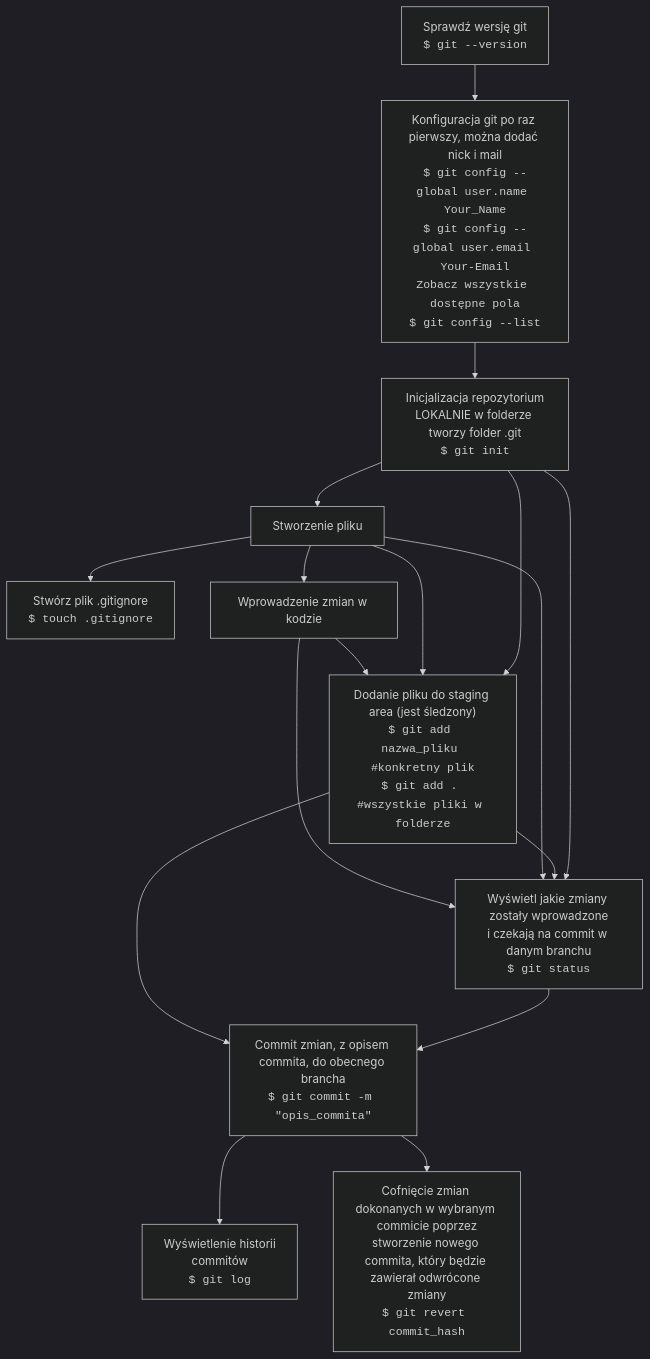
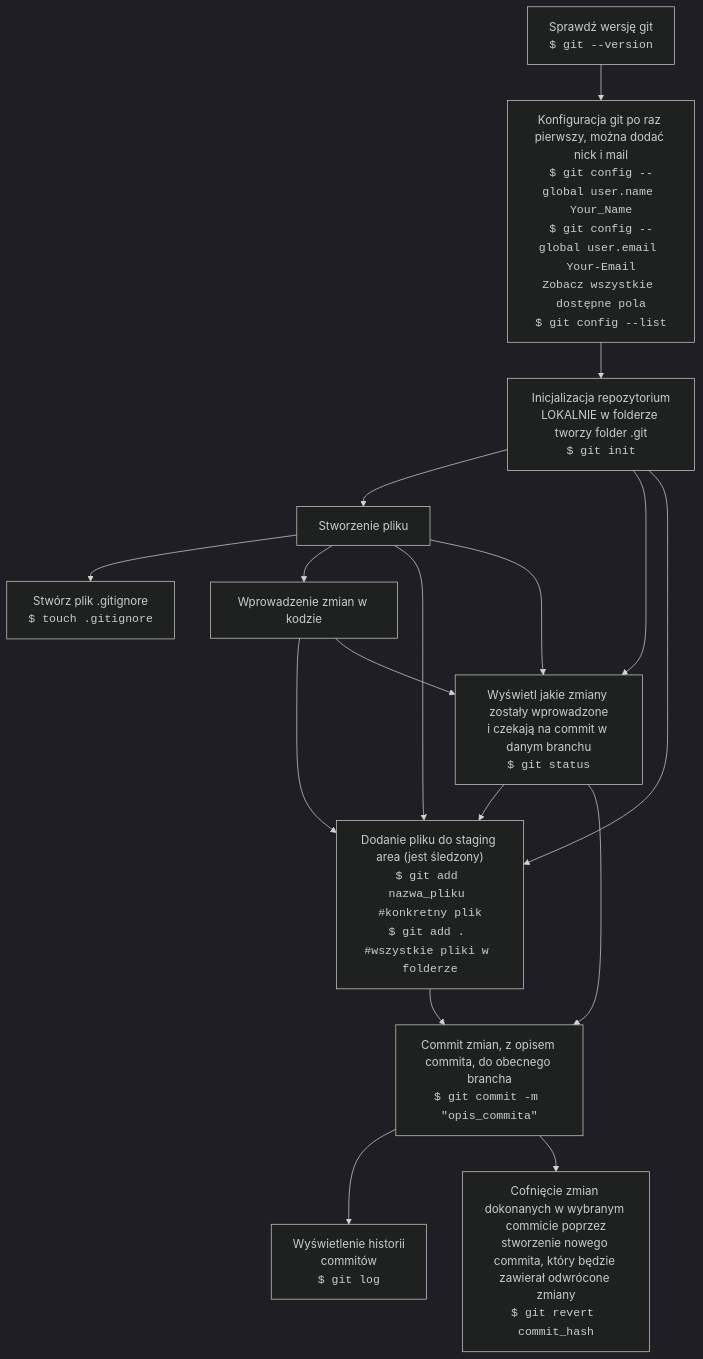
One commit to dankuc237/notatki changed the first of 3 diagrams in git-graph.md. Above: the diagram before and after it, drawn with Mermaid (dark theme). The commit also changed other lines of this file, not shown here.

Commit message:
kolejny commit

````diff
--- a/git-graph.md
+++ b/git-graph.md
@@ -3,31 +3,31 @@
 ```mermaid
 graph TB
         SPRAWDZ_WERSJE_GIT["Sprawdź wersję git<br><code>$ git --version</code>"]
         PIERWSZA_KONFIGURACJA_GIT["Konfiguracja git po raz pierwszy, można dodać nick i mail<br><code>$ git config --global user.name Your_Name<br>$ git config --global user.email Your-Email<br>Zobacz wszystkie dostępne pola<br>$ git config --list</code>"]
         INICJALIZACJA_LOKALNEGO_REPO["Inicjalizacja repozytorium<br>LOKALNIE w folderze tworzy folder .git<br><code>$ git init</code>"]
         STWÓRZ_PLIK_.GITIGNORE["Stwórz plik .gitignore<br><code>$ touch .gitignore</code>"]
         STWÓRZ_JAKIS_PLIK["Stworzenie pliku"]
         DODAJ_PLIK_DO_STAGING_AREA["Dodanie pliku do staging area (jest śledzony)<br><code>$ git add nazwa_pliku #konkretny plik<br>$ git add . #wszystkie pliki w folderze</code>"]
         SPRAWDZ_ZMIANY_W_REPO["Wyświetl jakie zmiany zostały wprowadzone<br>i czekają na commit w danym branchu<br><code>$ git status</code>"]    
         ZMIANA_KODU["Wprowadzenie zmian w kodzie"]
         COMMIT_ZMIAN_DO_LOKALNEGO_REPO["Commit zmian, z opisem commita, do obecnego brancha<br><code>$ git commit -m #quot;opis_commita#quot;</code>"]
         POKAZ_COMMIT_HISTORY["Wyświetlenie historii<br/>commitów<br><code>$ git log</code>"]
         COFNIJ_COMMIT["Cofnięcie zmian dokonanych w wybranym commicie poprzez<br>stworzenie nowego commita, który będzie zawierał odwrócone zmiany<br><code>$ git revert commit_hash</code>"]
         
         SPRAWDZ_WERSJE_GIT --> PIERWSZA_KONFIGURACJA_GIT
         PIERWSZA_KONFIGURACJA_GIT --> INICJALIZACJA_LOKALNEGO_REPO
         INICJALIZACJA_LOKALNEGO_REPO --> STWÓRZ_JAKIS_PLIK
         INICJALIZACJA_LOKALNEGO_REPO --> SPRAWDZ_ZMIANY_W_REPO
         INICJALIZACJA_LOKALNEGO_REPO --> DODAJ_PLIK_DO_STAGING_AREA
         STWÓRZ_JAKIS_PLIK --> STWÓRZ_PLIK_.GITIGNORE
         STWÓRZ_JAKIS_PLIK --> ZMIANA_KODU
         STWÓRZ_JAKIS_PLIK --> DODAJ_PLIK_DO_STAGING_AREA
-        DODAJ_PLIK_DO_STAGING_AREA --> SPRAWDZ_ZMIANY_W_REPO
+        SPRAWDZ_ZMIANY_W_REPO --> DODAJ_PLIK_DO_STAGING_AREA
         SPRAWDZ_ZMIANY_W_REPO --> COMMIT_ZMIAN_DO_LOKALNEGO_REPO
         ZMIANA_KODU --> DODAJ_PLIK_DO_STAGING_AREA
         DODAJ_PLIK_DO_STAGING_AREA --> COMMIT_ZMIAN_DO_LOKALNEGO_REPO 
         COMMIT_ZMIAN_DO_LOKALNEGO_REPO --> POKAZ_COMMIT_HISTORY
         COMMIT_ZMIAN_DO_LOKALNEGO_REPO --> COFNIJ_COMMIT
         STWÓRZ_JAKIS_PLIK --> SPRAWDZ_ZMIANY_W_REPO
         ZMIANA_KODU --> SPRAWDZ_ZMIANY_W_REPO
 ```
````
